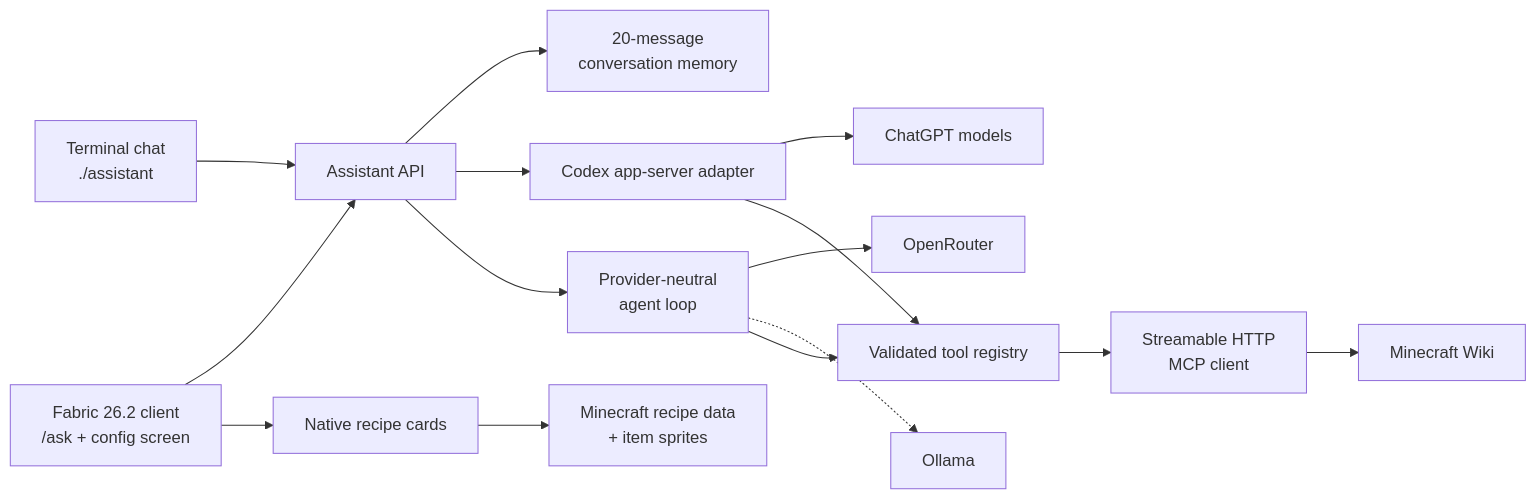
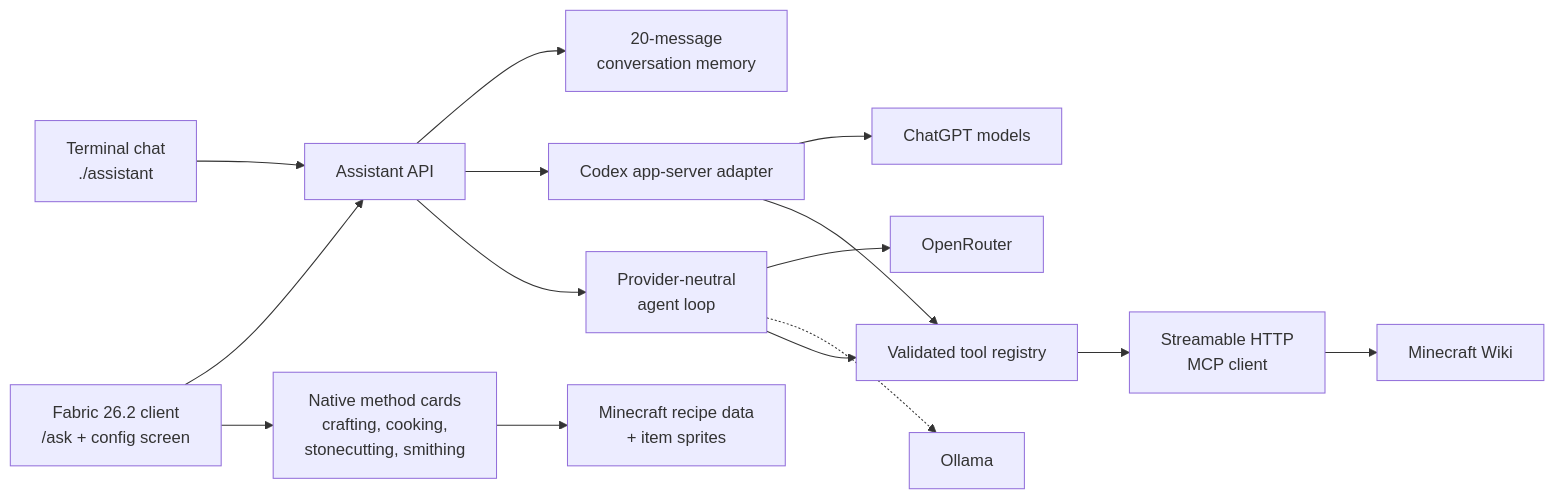
Before and after one commit to zubinjha/minecraft-assistant: the diagram in README.md, drawn with Mermaid. The commit also changed other lines of this file and 11 other files, not shown here.

Commit message:
feat(fabric): add native production method cards

````diff
--- a/README.md
+++ b/README.md
@@ -21,20 +21,20 @@
 ```mermaid
 flowchart LR
     CLI["Terminal chat<br/>./assistant"] --> API["Assistant API"]
     MC["Fabric 26.2 client<br/>/ask + config screen"] --> API
-    MC --> RECIPES["Native recipe cards"]
+    MC --> RECIPES["Native method cards<br/>crafting, cooking,<br/>stonecutting, smithing"]
     RECIPES --> GAMEDATA["Minecraft recipe data<br/>+ item sprites"]
 
     API --> MEMORY["20-message<br/>conversation memory"]
     API --> CODEX["Codex app-server adapter"]
     API --> AGENT["Provider-neutral<br/>agent loop"]
 
     CODEX --> CHATGPT["ChatGPT models"]
     AGENT --> OPENROUTER["OpenRouter"]
     AGENT -.-> OLLAMA["Ollama"]
 
     CODEX --> TOOLS["Validated tool registry"]
     AGENT --> TOOLS
     TOOLS --> MCP["Streamable HTTP<br/>MCP client"]
     MCP --> WIKI["Minecraft Wiki"]
 ```
````
